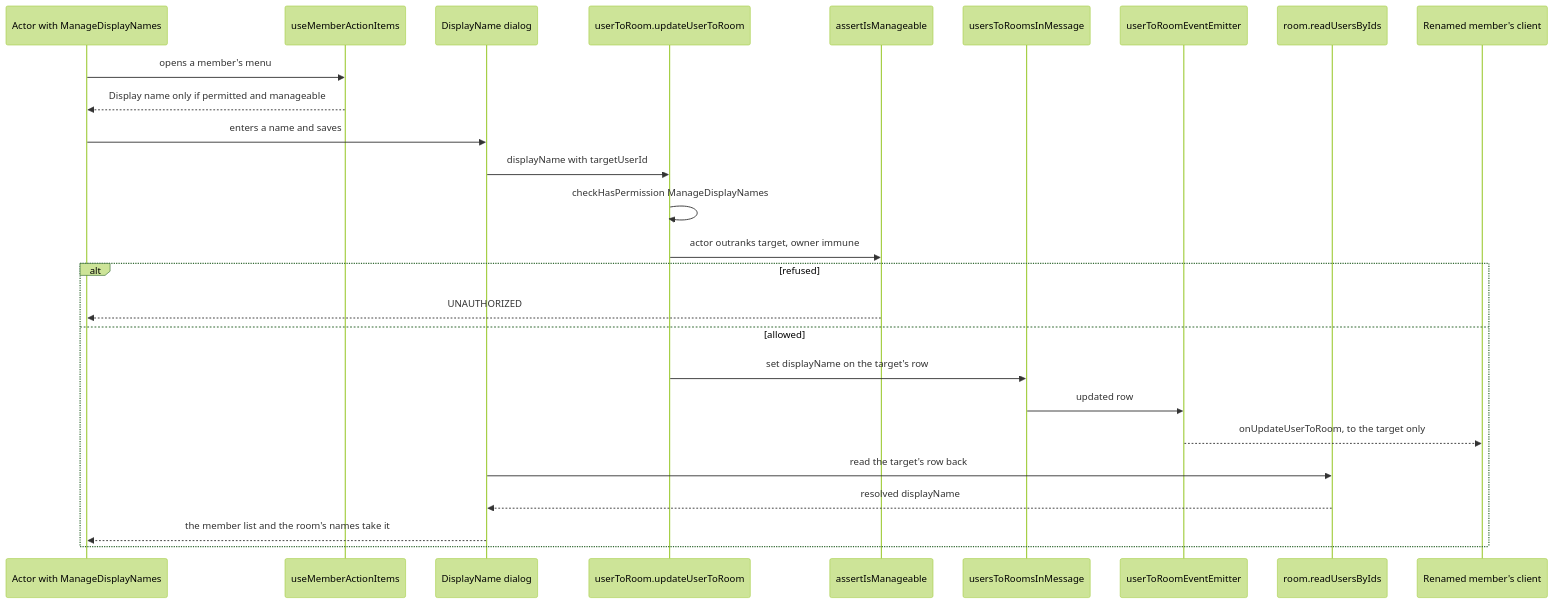
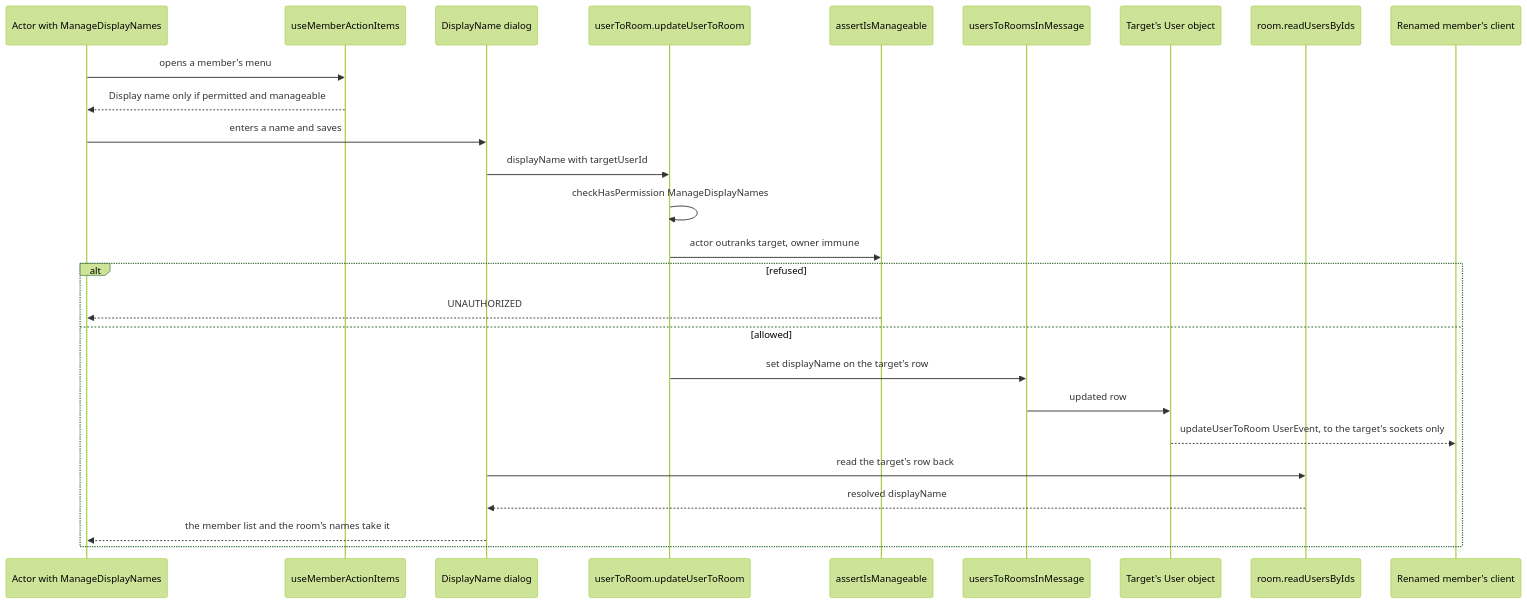
The second of 2 diagrams in openspec/specs/esbabbler/display-names/design.md (Esposter/Esposter), drawn with Mermaid (forest theme) before and after one commit. The commit also changed 4 other files, not shown here.

First line of the commit message:
docs(openspec): the specs name the User object's events where they named the removed emitters

````diff
--- a/openspec/specs/esbabbler/display-names/design.md
+++ b/openspec/specs/esbabbler/display-names/design.md
@@ -72,28 +72,28 @@
 ```mermaid
 sequenceDiagram
   participant A as Actor with ManageDisplayNames
   participant M as useMemberActionItems
   participant D as DisplayName dialog
   participant R as userToRoom.updateUserToRoom
   participant G as assertIsManageable
   participant DB as usersToRoomsInMessage
-  participant E as userToRoomEventEmitter
+  participant E as Target's User object
   participant Q as room.readUsersByIds
   participant T as Renamed member's client
   A->>M: opens a member's menu
   M-->>A: Display name only if permitted and manageable
   A->>D: enters a name and saves
   D->>R: displayName with targetUserId
   R->>R: checkHasPermission ManageDisplayNames
   R->>G: actor outranks target, owner immune
   alt refused
     G-->>A: UNAUTHORIZED
   else allowed
     R->>DB: set displayName on the target's row
     DB->>E: updated row
-    E-->>T: onUpdateUserToRoom, to the target only
+    E-->>T: updateUserToRoom UserEvent, to the target's sockets only
     D->>Q: read the target's row back
     Q-->>D: resolved displayName
     D-->>A: the member list and the room's names take it
   end
 ```
````
